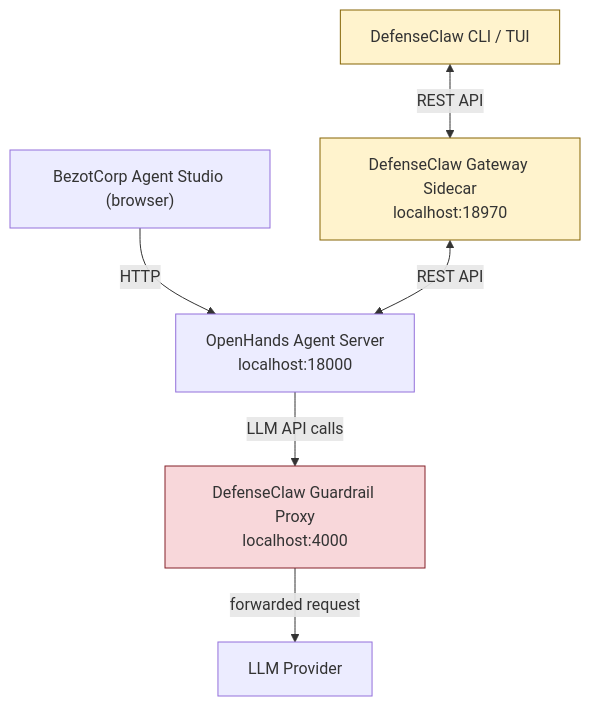
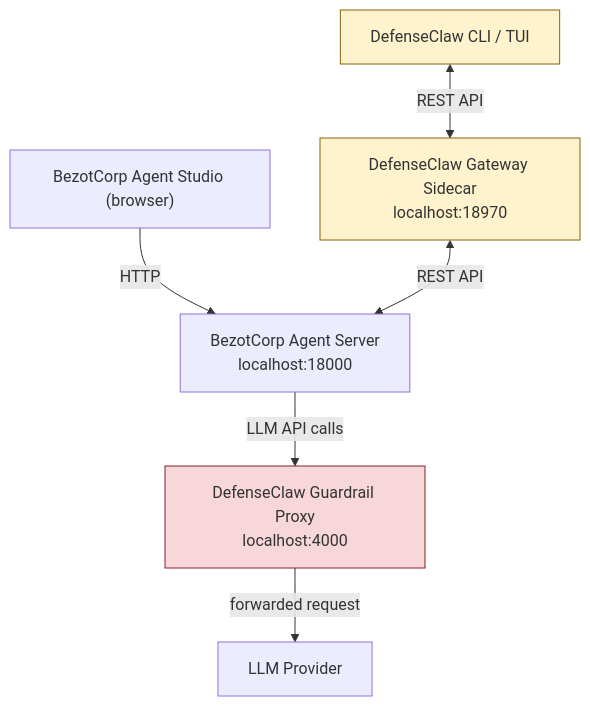
The diagram in agent-studio/docs/DefenseClaw.md (BezotCorp/bezotcorp-studio), drawn with Mermaid before and after one commit. The commit also changed other lines of this file and 556 other files, not shown here.

````diff
--- a/agent-studio/docs/DefenseClaw.md
+++ b/agent-studio/docs/DefenseClaw.md
@@ -11,19 +11,19 @@
 ```mermaid
 flowchart TD
     UI["BezotCorp Agent Studio (browser)"]
-    AS["OpenHands Agent Server\nlocalhost:18000"]
+    AS["BezotCorp Agent Server\nlocalhost:18000"]
     GP["DefenseClaw Guardrail Proxy\nlocalhost:4000"]
     LLM["LLM Provider"]
     GW["DefenseClaw Gateway Sidecar\nlocalhost:18970"]
     CLI["DefenseClaw CLI / TUI"]
 
     UI -->|HTTP| AS
     AS -->|LLM API calls| GP
     GP -->|forwarded request| LLM
     GW <-->|REST API| AS
     CLI <-->|REST API| GW
 
     style GW fill:#fff3cd,stroke:#856404
     style CLI fill:#fff3cd,stroke:#856404
     style GP fill:#f8d7da,stroke:#842029
 ```
````
